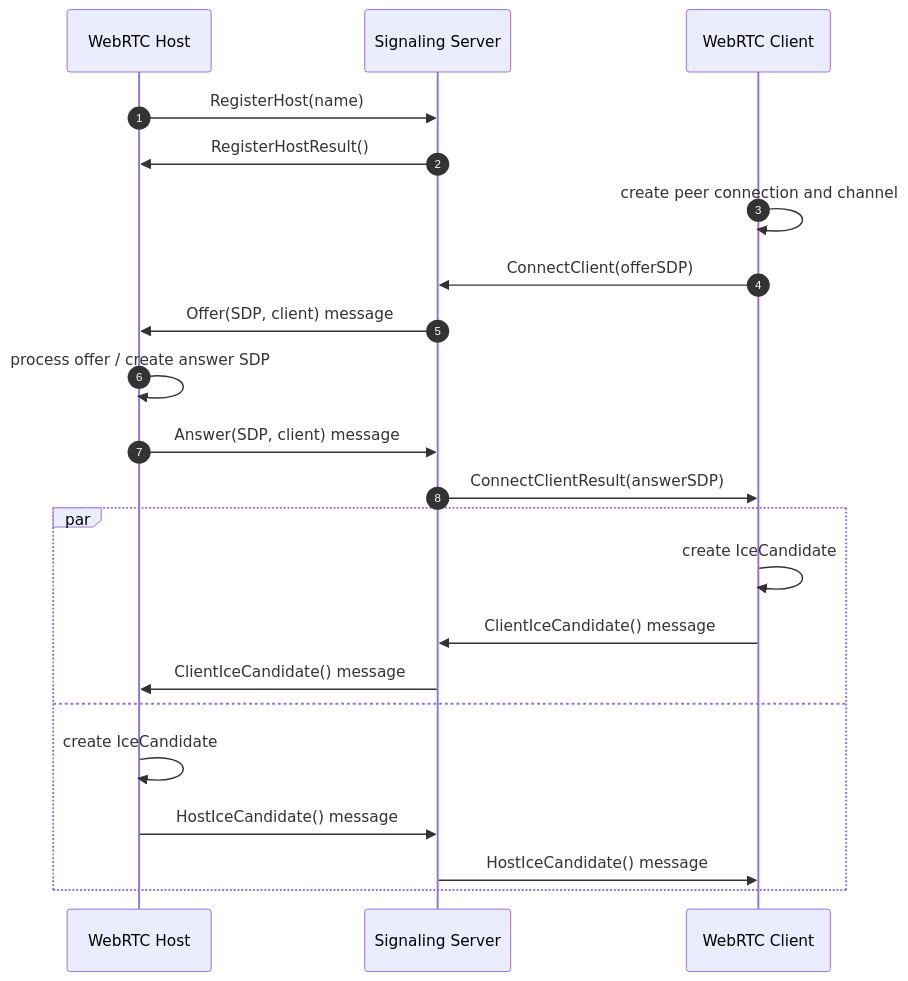
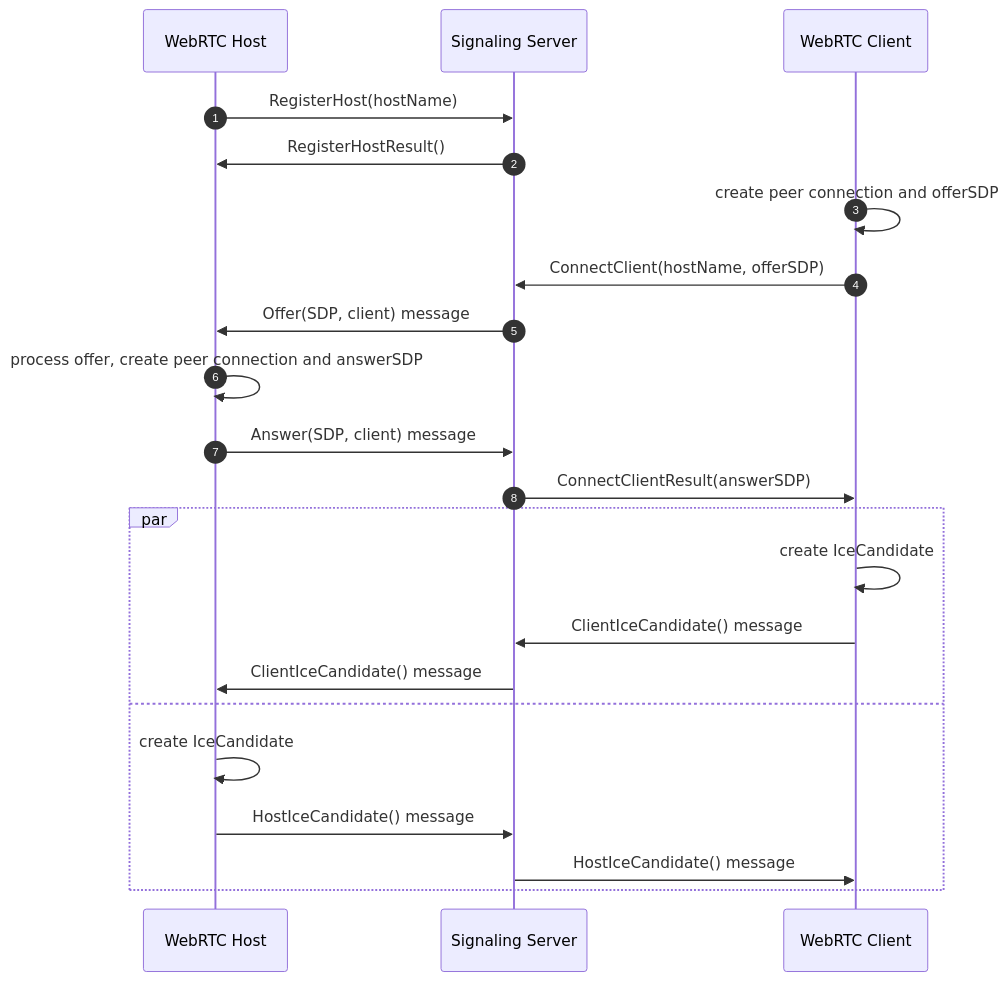
Before and after one commit to friflo/Friflo.Json.Fliox: the diagram in Json/Fliox.Hub.WebRTC/README.md, drawn with Mermaid. The commit also changed 3 other files, not shown here.

Commit message:
WebRTC - WIP

````diff
--- a/Json/Fliox.Hub.WebRTC/README.md
+++ b/Json/Fliox.Hub.WebRTC/README.md
@@ -18,27 +18,27 @@
 ``` mermaid
 sequenceDiagram
   autonumber
-    WebRTC Host      ->>    Signaling Server:   RegisterHost(name)
+    WebRTC Host      ->>    Signaling Server:   RegisterHost(hostName)
     Signaling Server ->>    WebRTC Host:        RegisterHostResult()
 
-    WebRTC Client    ->>    WebRTC Client:      create peer connection and channel
-    WebRTC Client    ->>    Signaling Server:   ConnectClient(offerSDP)
+    WebRTC Client    ->>    WebRTC Client:      create peer connection and offerSDP
+    WebRTC Client    ->>    Signaling Server:   ConnectClient(hostName, offerSDP)
 
     Signaling Server ->>    WebRTC Host:        Offer(SDP, client) message
-    WebRTC Host      ->>    WebRTC Host:        process offer / create answer SDP
+    WebRTC Host      ->>    WebRTC Host:        process offer, create peer connection and answerSDP
     WebRTC Host      ->>    Signaling Server:   Answer(SDP, client) message
 
     Signaling Server ->>    WebRTC Client:      ConnectClientResult(answerSDP)
 
   autonumber off
   par
     WebRTC Client    ->>    WebRTC Client:      create IceCandidate
     WebRTC Client    ->>    Signaling Server:   ClientIceCandidate() message
     Signaling Server ->>    WebRTC Host:        ClientIceCandidate() message
   and
     WebRTC Host      ->>    WebRTC Host:        create IceCandidate
     WebRTC Host      ->>    Signaling Server:   HostIceCandidate() message
     Signaling Server ->>    WebRTC Client:      HostIceCandidate() message
   end
 
 ``` 
````
